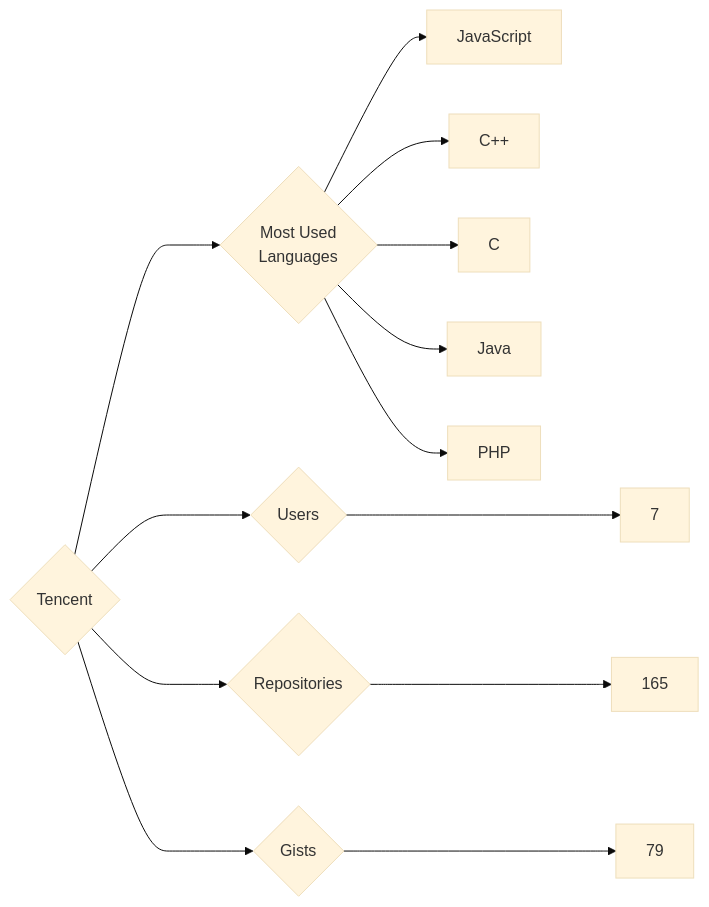
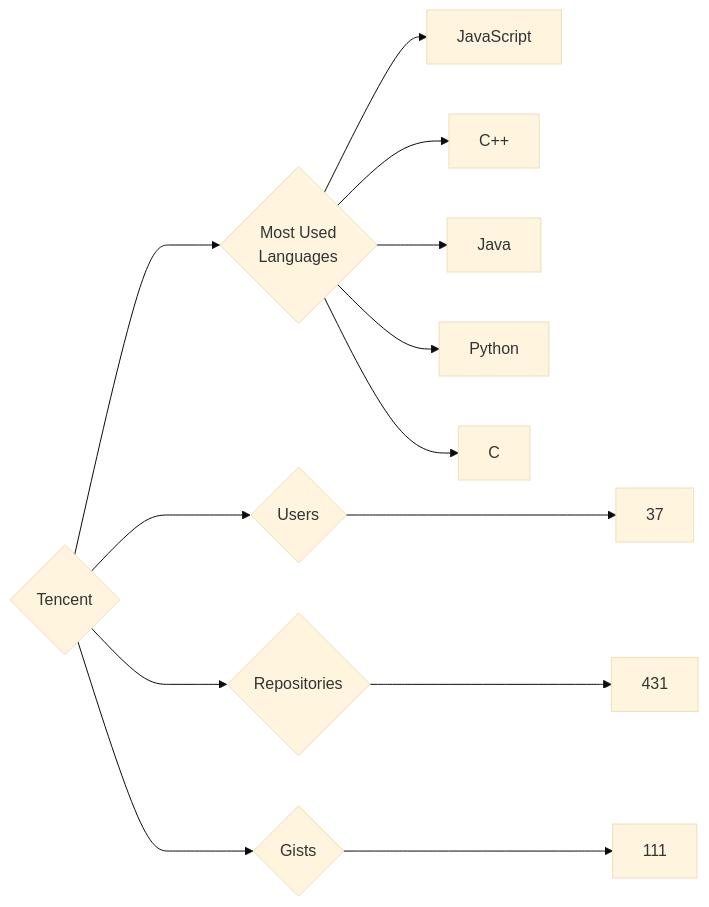
The diagram in targets/Tencent/README.md (trickest/insiders), drawn with Mermaid (base theme) before and after one commit. The commit also changed 928 other files, not shown here.

````diff
--- a/targets/Tencent/README.md
+++ b/targets/Tencent/README.md
@@ -3,13 +3,13 @@
 ```mermaid
 graph LR
 COMPANY_NAME{Tencent}
-COMPANY_NAME ---> U{Users} ---> UN[7]
-COMPANY_NAME ---> R{Repositories} ---> RN[165]
-COMPANY_NAME ---> G{Gists} ---> GN[79]
+COMPANY_NAME ---> U{Users} ---> UN[37]
+COMPANY_NAME ---> R{Repositories} ---> RN[431]
+COMPANY_NAME ---> G{Gists} ---> GN[111]
 COMPANY_NAME ---> ML{Most Used<br>Languages}
 ML --> JavaScript[JavaScript]
 ML --> C++[C++]
+ML --> Java[Java]
+ML --> Python[Python]
 ML --> C[C]
-ML --> Java[Java]
-ML --> PHP[PHP]
 ```
````
